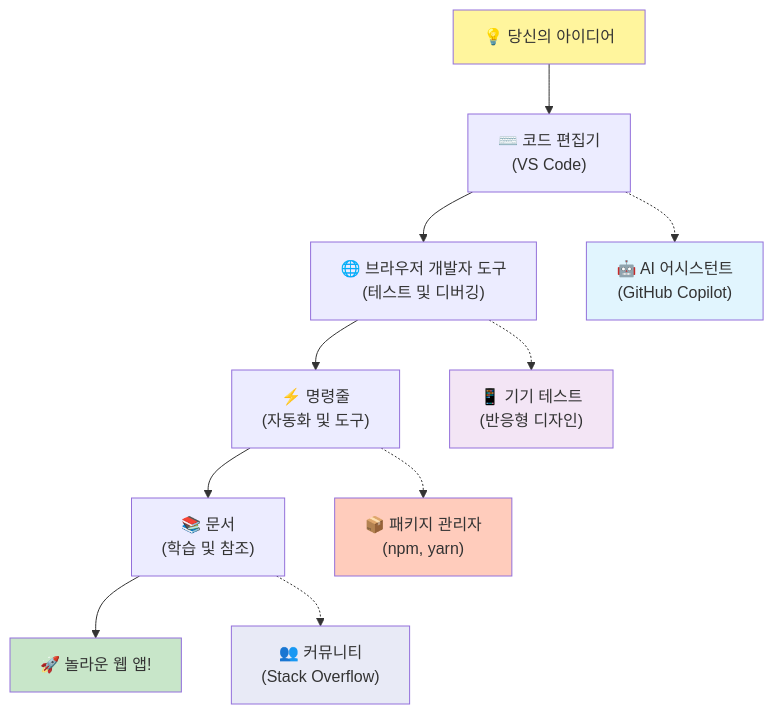
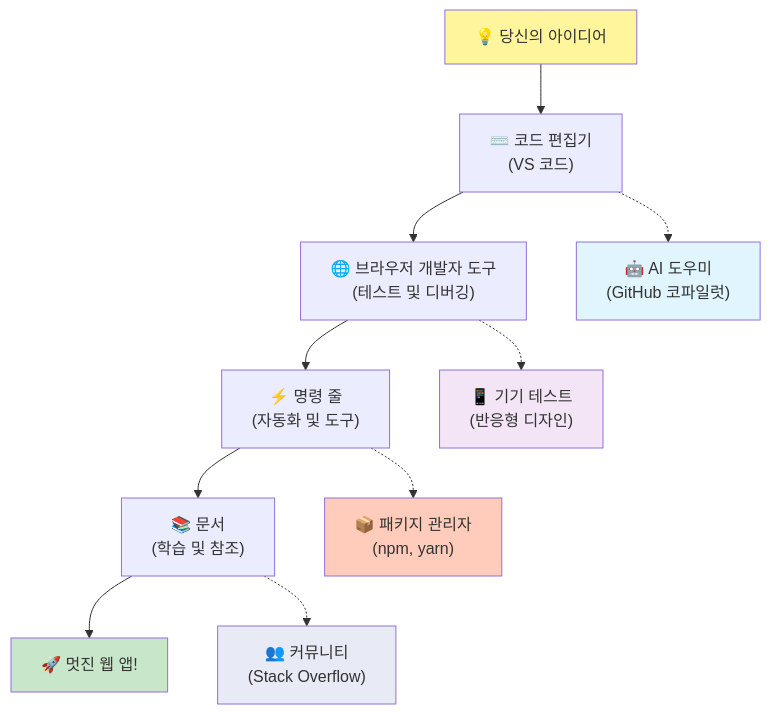
One commit to microsoft/Web-Dev-For-Beginners changed the fifth of 7 diagrams in translations/ko/1-getting-started-lessons/1-intro-to-programming-languages/README.md. Above: the diagram before and after it, drawn with Mermaid. The commit also changed other lines of this file and 11 other files, not shown here.

````diff
--- a/translations/ko/1-getting-started-lessons/1-intro-to-programming-languages/README.md
+++ b/translations/ko/1-getting-started-lessons/1-intro-to-programming-languages/README.md
@@ -489,20 +487,20 @@
 ```mermaid
 graph TD
-    A["💡 당신의 아이디어"] --> B["⌨️ 코드 편집기<br/>(VS Code)"] 
+    A["💡 당신의 아이디어"] --> B["⌨️ 코드 편집기<br/>(VS 코드)"] 
     B --> C["🌐 브라우저 개발자 도구<br/>(테스트 및 디버깅)"]
-    C --> D["⚡ 명령줄<br/>(자동화 및 도구)"]
+    C --> D["⚡ 명령 줄<br/>(자동화 및 도구)"]
     D --> E["📚 문서<br/>(학습 및 참조)"]
-    E --> F["🚀 놀라운 웹 앱!"]
+    E --> F["🚀 멋진 웹 앱!"]
     
-    B -.-> G["🤖 AI 어시스턴트<br/>(GitHub Copilot)"]
+    B -.-> G["🤖 AI 도우미<br/>(GitHub 코파일럿)"]
     C -.-> H["📱 기기 테스트<br/>(반응형 디자인)"]
     D -.-> I["📦 패키지 관리자<br/>(npm, yarn)"]
     E -.-> J["👥 커뮤니티<br/>(Stack Overflow)"]
     
     style A fill:#fff59d
     style F fill:#c8e6c9
     style G fill:#e1f5fe
     style H fill:#f3e5f5
     style I fill:#ffccbc
     style J fill:#e8eaf6
 ```  
````
